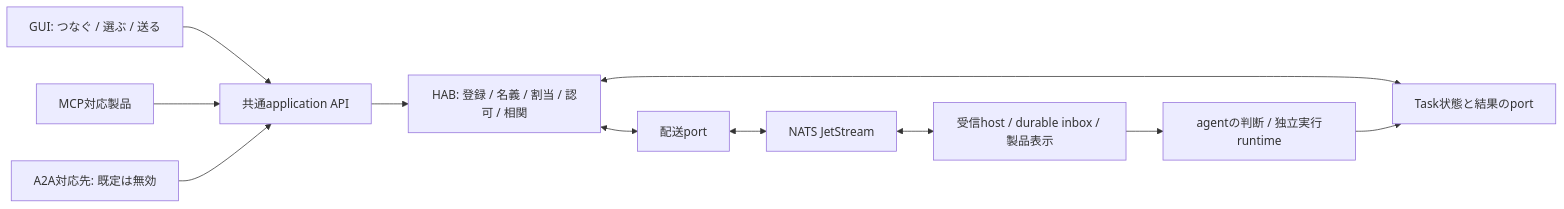
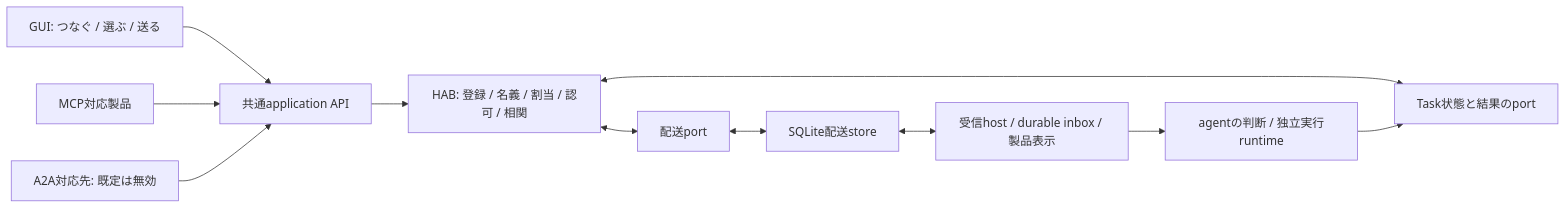
One commit to s-hiraoku/hiraoku-agent-base changed the diagram in docs/hab-product-spec.md. Above: the diagram before and after it, drawn with Mermaid. The commit also changed other lines of this file and 142 other files, not shown here.

First line of the commit message:
Deliver through one SQLite file and retire JetStream (ADR-018)

````diff
--- a/docs/hab-product-spec.md
+++ b/docs/hab-product-spec.md
@@ -122,13 +122,13 @@
 ```mermaid
 flowchart LR
   G[GUI: つなぐ / 選ぶ / 送る] --> A[共通application API]
   M[MCP対応製品] --> A
   X[A2A対応先: 既定は無効] --> A
   A --> H[HAB: 登録 / 名義 / 割当 / 認可 / 相関]
   H <--> T[Task状態と結果のport]
   H <--> D[配送port]
-  D <--> N[NATS JetStream]
+  D <--> N[SQLite配送store]
   N <--> I[受信host / durable inbox / 製品表示]
   I --> E[agentの判断 / 独立実行runtime]
   E --> T
 ```
````
